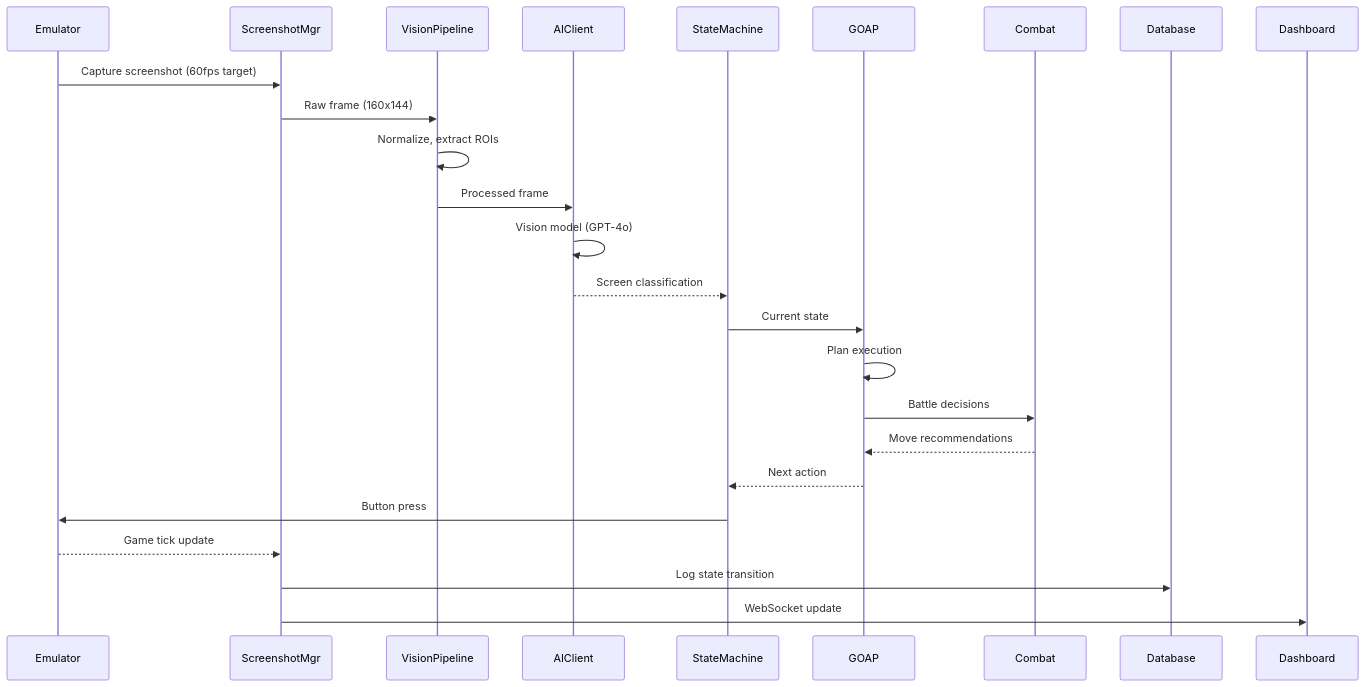
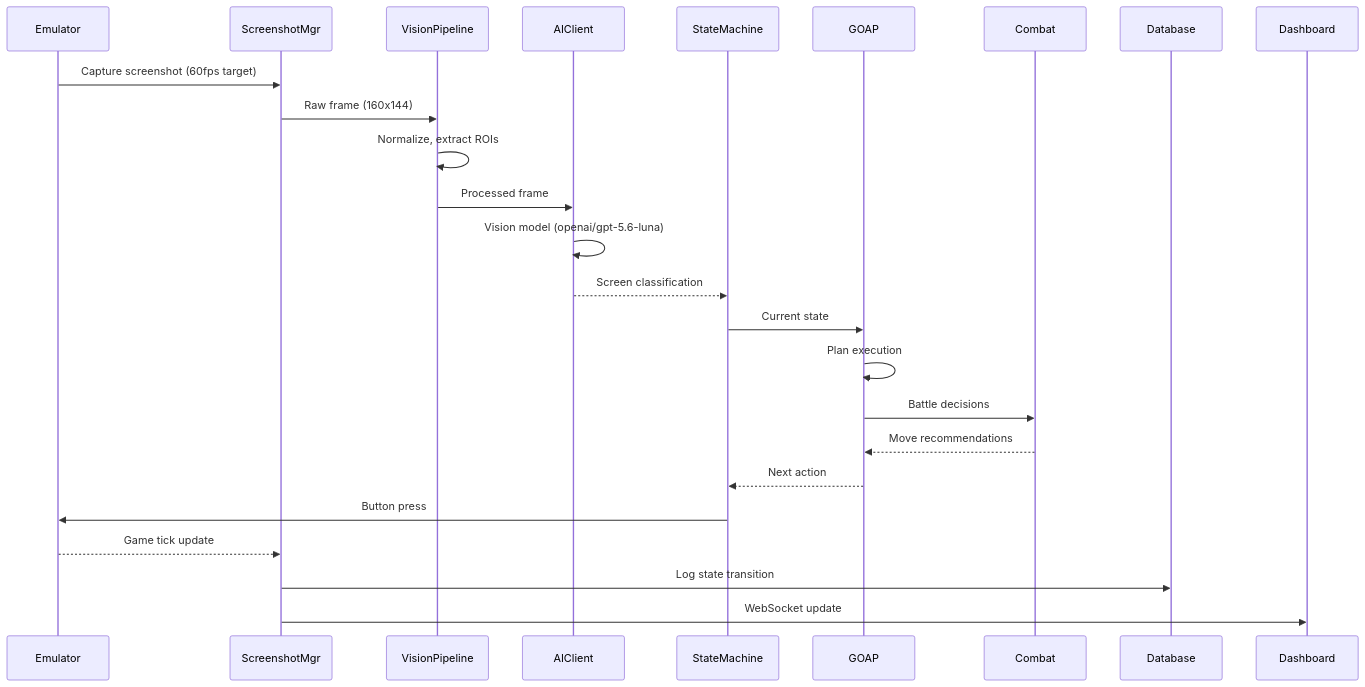
One commit to wojons/ai_plays_poke changed the second of 6 diagrams in docs/architecture.md. Above: the diagram before and after it, drawn with Mermaid. The commit also changed other lines of this file and 4 other files, not shown here.

````diff
--- a/docs/architecture.md
+++ b/docs/architecture.md
@@ -300,28 +299,28 @@
 ```mermaid
 sequenceDiagram
     participant E as Emulator
     participant S as ScreenshotMgr
     participant V as VisionPipeline
     participant AI as AIClient
     participant SM as StateMachine
     participant GO as GOAP
     participant C as Combat
     participant DB as Database
     participant D as Dashboard
 
     E->>S: Capture screenshot (60fps target)
     S->>V: Raw frame (160x144)
     V->>V: Normalize, extract ROIs
     V->>AI: Processed frame
-    AI->>AI: Vision model (GPT-4o)
+    AI->>AI: Vision model (openai/gpt-5.6-luna)
     AI-->>SM: Screen classification
     SM->>GO: Current state
     GO->>GO: Plan execution
     GO->>C: Battle decisions
     C-->>GO: Move recommendations
     GO-->>SM: Next action
     SM->>E: Button press
     E-->>S: Game tick update
     S->>DB: Log state transition
     S->>D: WebSocket update
 ```
````
